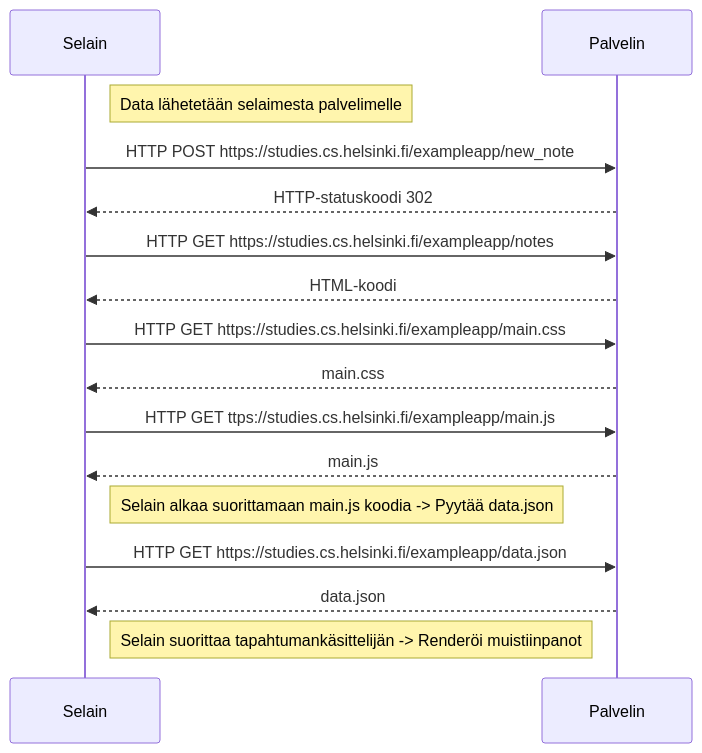
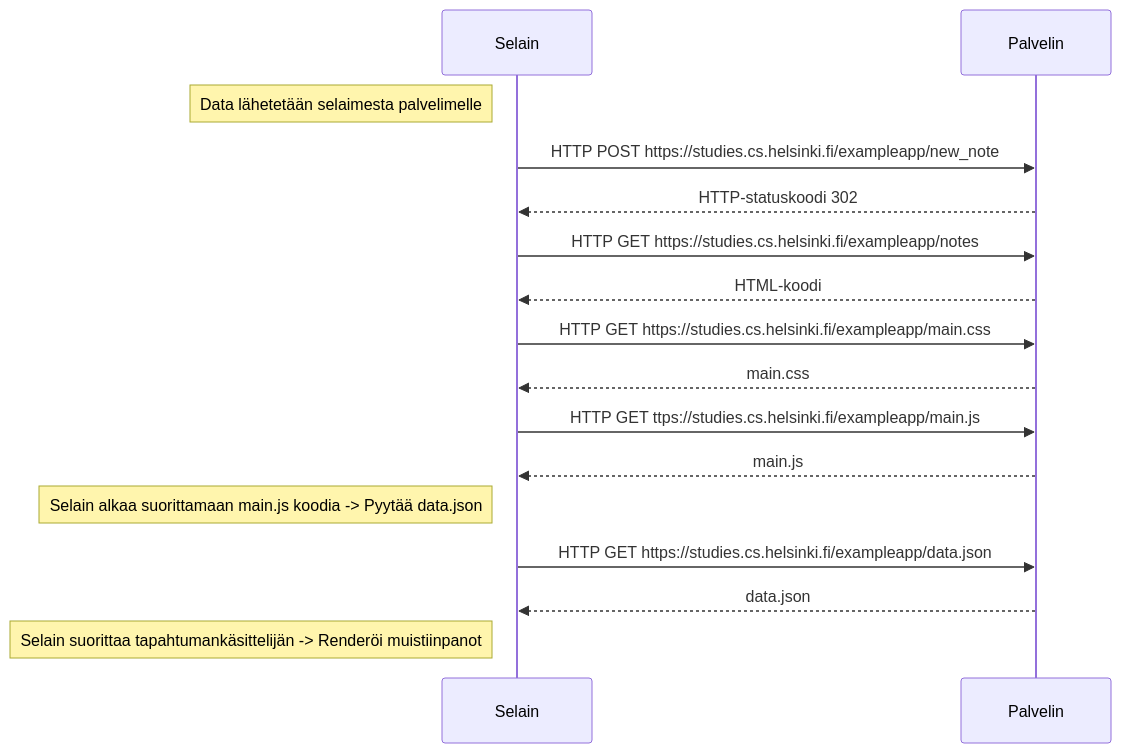
One commit to JuusoKil/osa0 changed the diagram in 04_uusi_muistiinpano.md. Above: the diagram before and after it, drawn with Mermaid.

````diff
--- a/04_uusi_muistiinpano.md
+++ b/04_uusi_muistiinpano.md
@@ -1,33 +1,33 @@
 ```mermaid
 
 sequenceDiagram
     participant Selain
     participant Palvelin
     
-Note right of Selain: Data lähetetään selaimesta palvelimelle
+Note left of Selain: Data lähetetään selaimesta palvelimelle
 
 Selain->>Palvelin: HTTP POST https://studies.cs.helsinki.fi/exampleapp/new_note;
 
 Palvelin-->>Selain: HTTP-statuskoodi 302;
 
 Selain->>Palvelin: HTTP GET https://studies.cs.helsinki.fi/exampleapp/notes;
 
 Palvelin-->>Selain: HTML-koodi;
 
 Selain->>Palvelin: HTTP GET https://studies.cs.helsinki.fi/exampleapp/main.css;
 
 Palvelin-->>Selain: main.css;
 
 Selain->>Palvelin: HTTP GET ttps://studies.cs.helsinki.fi/exampleapp/main.js;
 
 Palvelin-->>Selain: main.js;
 
-Note right of Selain: Selain alkaa suorittamaan main.js koodia -> Pyytää data.json
+Note left of Selain: Selain alkaa suorittamaan main.js koodia -> Pyytää data.json
 
 Selain->>Palvelin: HTTP GET https://studies.cs.helsinki.fi/exampleapp/data.json;
 
 Palvelin-->>Selain: data.json;
 
-Note right of Selain: Selain suorittaa tapahtumankäsittelijän -> Renderöi muistiinpanot
+Note left of Selain: Selain suorittaa tapahtumankäsittelijän -> Renderöi muistiinpanot
 
 ```
````
